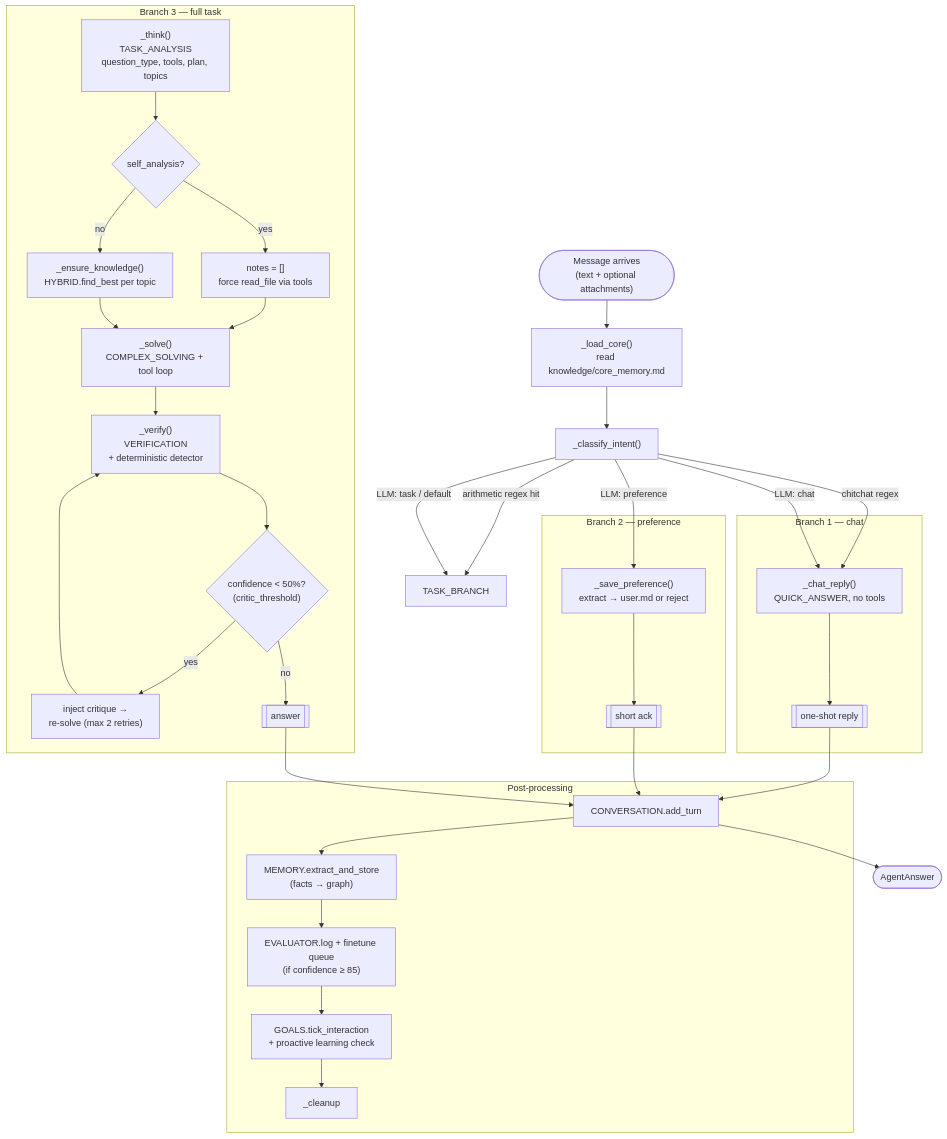
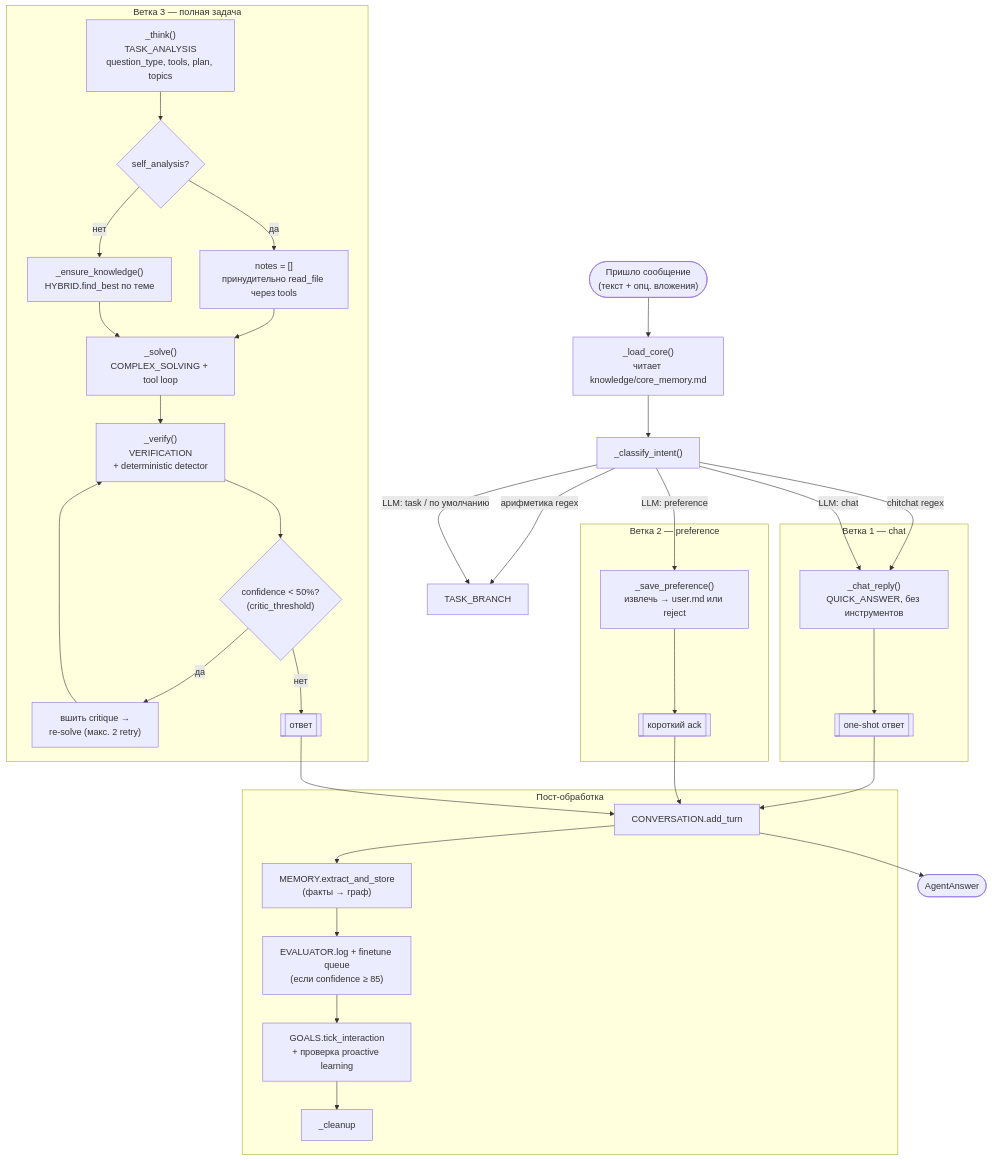
The second of 12 diagrams in docs/architecture.md (gjaloyan/hrant), drawn with Mermaid before and after one commit. The commit also changed other lines of this file, not shown here.

First line of the commit message:
docs(architecture): translate to Russian

````diff
--- a/docs/architecture.md
+++ b/docs/architecture.md
@@ -81,59 +82,59 @@
 ```mermaid
 flowchart TD
-    START(["Message arrives<br/>(text + optional attachments)"])
-    CORE_LOAD["_load_core()<br/>read knowledge/core_memory.md"]
+    START(["Пришло сообщение<br/>(текст + опц. вложения)"])
+    CORE_LOAD["_load_core()<br/>читает knowledge/core_memory.md"]
     CLASSIFY["_classify_intent()"]
 
     START --> CORE_LOAD --> CLASSIFY
 
-    CLASSIFY -->|"arithmetic regex hit"| TASK_BRANCH
+    CLASSIFY -->|"арифметика regex"| TASK_BRANCH
     CLASSIFY -->|"chitchat regex"| CHAT_BRANCH
     CLASSIFY -->|"LLM: chat"| CHAT_BRANCH
     CLASSIFY -->|"LLM: preference"| PREF_BRANCH
-    CLASSIFY -->|"LLM: task / default"| TASK_BRANCH
+    CLASSIFY -->|"LLM: task / по умолчанию"| TASK_BRANCH
 
-    subgraph CHAT["Branch 1 — chat"]
-        CHAT_BRANCH["_chat_reply()<br/>QUICK_ANSWER, no tools"]
-        CHAT_REPLY[["one-shot reply"]]
+    subgraph CHAT["Ветка 1 — chat"]
+        CHAT_BRANCH["_chat_reply()<br/>QUICK_ANSWER, без инструментов"]
+        CHAT_REPLY[["one-shot ответ"]]
         CHAT_BRANCH --> CHAT_REPLY
     end
 
-    subgraph PREF["Branch 2 — preference"]
-        PREF_BRANCH["_save_preference()<br/>extract → user.md or reject"]
-        PREF_REPLY[["short ack"]]
+    subgraph PREF["Ветка 2 — preference"]
+        PREF_BRANCH["_save_preference()<br/>извлечь → user.md или reject"]
+        PREF_REPLY[["короткий ack"]]
         PREF_BRANCH --> PREF_REPLY
     end
 
-    subgraph TASK["Branch 3 — full task"]
+    subgraph TASK["Ветка 3 — полная задача"]
         THINK["_think()<br/>TASK_ANALYSIS<br/>question_type, tools, plan, topics"]
         SELF_AN{"self_analysis?"}
-        ENSURE_KB["_ensure_knowledge()<br/>HYBRID.find_best per topic"]
-        SKIP_KB["notes = []<br/>force read_file via tools"]
+        ENSURE_KB["_ensure_knowledge()<br/>HYBRID.find_best по теме"]
+        SKIP_KB["notes = []<br/>принудительно read_file через tools"]
         SOLVE["_solve()<br/>COMPLEX_SOLVING + tool loop"]
         VERIFY["_verify()<br/>VERIFICATION<br/>+ deterministic detector"]
         CRITIC{"confidence < 50%?<br/>(critic_threshold)"}
-        RETRY["inject critique →<br/>re-solve (max 2 retries)"]
+        RETRY["вшить critique →<br/>re-solve (макс. 2 retry)"]
 
         THINK --> SELF_AN
-        SELF_AN -->|"yes"| SKIP_KB --> SOLVE
-        SELF_AN -->|"no"| ENSURE_KB --> SOLVE
+        SELF_AN -->|"да"| SKIP_KB --> SOLVE
+        SELF_AN -->|"нет"| ENSURE_KB --> SOLVE
         SOLVE --> VERIFY --> CRITIC
-        CRITIC -->|"yes"| RETRY --> VERIFY
-        CRITIC -->|"no"| TASK_REPLY[["answer"]]
+        CRITIC -->|"да"| RETRY --> VERIFY
+        CRITIC -->|"нет"| TASK_REPLY[["ответ"]]
     end
 
     CHAT_REPLY --> POST
     PREF_REPLY --> POST
     TASK_REPLY --> POST
 
-    subgraph POST_PROC["Post-processing"]
+    subgraph POST_PROC["Пост-обработка"]
         POST["CONVERSATION.add_turn"]
-        EXTRACT["MEMORY.extract_and_store<br/>(facts → graph)"]
-        EVAL_LOG["EVALUATOR.log + finetune queue<br/>(if confidence ≥ 85)"]
-        TICK["GOALS.tick_interaction<br/>+ proactive learning check"]
+        EXTRACT["MEMORY.extract_and_store<br/>(факты → граф)"]
+        EVAL_LOG["EVALUATOR.log + finetune queue<br/>(если confidence ≥ 85)"]
+        TICK["GOALS.tick_interaction<br/>+ проверка proactive learning"]
         CLEAN["_cleanup"]
         POST --> EXTRACT --> EVAL_LOG --> TICK --> CLEAN
     end
 
     POST --> RESPONSE(["AgentAnswer"])
 ```
````
